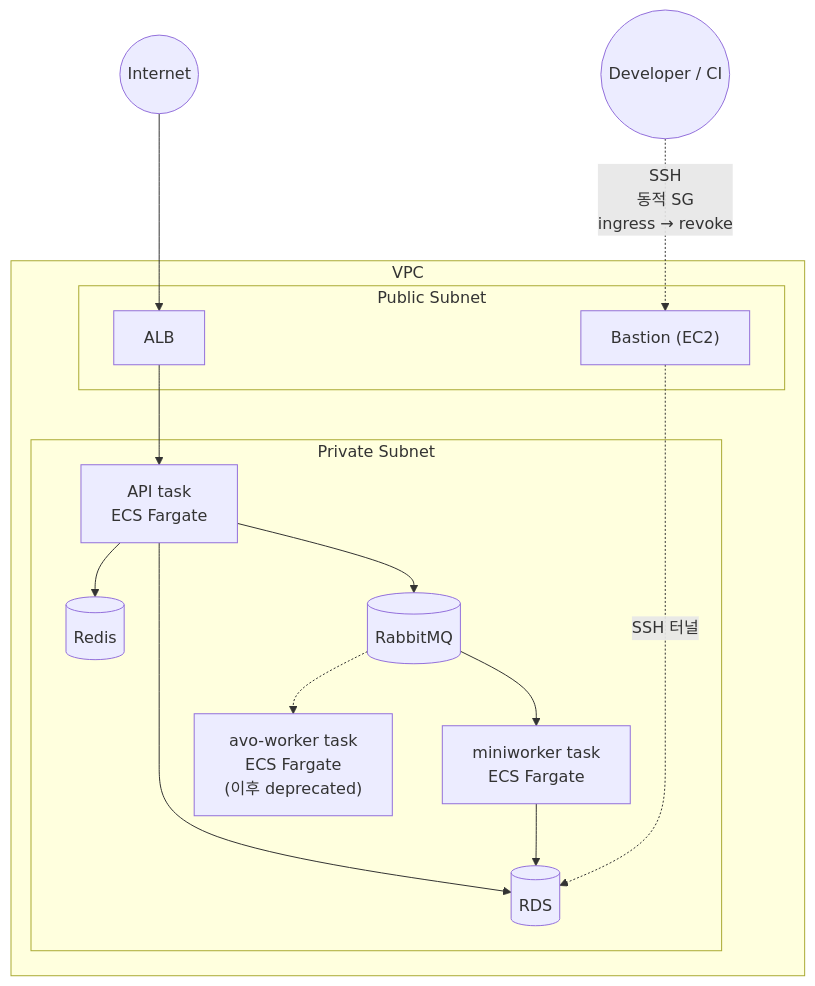
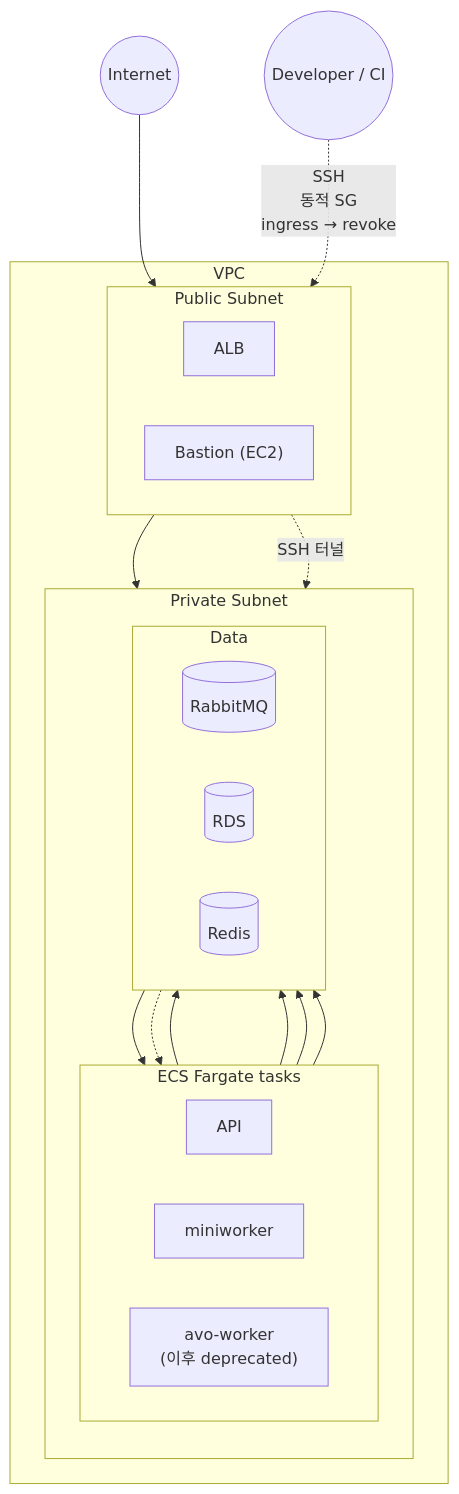
The sixth of 6 diagrams in _portfolio/portfolio.md (texasroh/texasroh.github.io), drawn with Mermaid before and after one commit. The commit also changed other lines of this file, not shown here.

Commit message:
docs(portfolio): tidy 4.2 After diagram + tweak wording
- 1.1: "영업 자산" → "내부 자산"
- 4.2 After: regroup Private Subnet into Compute + Data sub-clusters
  - Compute (LR): API / miniworker / avo-worker
  - Data (LR): RabbitMQ / RDS / Redis
  - Edges now flow top-to-bottom cleanly (Compute → Data)

````diff
--- a/_portfolio/portfolio.md
+++ b/_portfolio/portfolio.md
@@ -233,27 +233,37 @@
 ```mermaid
 flowchart TB
     Internet((Internet)) --> ALB
     Dev((Developer / CI)) -.->|"SSH<br/>동적 SG<br/>ingress → revoke"| Bastion
+
     subgraph VPC ["VPC"]
         subgraph Pub ["Public Subnet"]
+            direction LR
             ALB[ALB]
             Bastion["Bastion (EC2)"]
         end
         subgraph Priv ["Private Subnet"]
-            API["API task<br/>ECS Fargate"]
-            Mini["miniworker task<br/>ECS Fargate"]
-            Worker["avo-worker task<br/>ECS Fargate<br/>(이후 deprecated)"]
-            RDS[(RDS)]
-            Redis[(Redis)]
-            MQ[("RabbitMQ")]
+            direction TB
+            subgraph Compute ["ECS Fargate tasks"]
+                direction LR
+                API[API]
+                Mini[miniworker]
+                Worker["avo-worker<br/>(이후 deprecated)"]
+            end
+            subgraph Data ["Data"]
+                direction LR
+                MQ[("RabbitMQ")]
+                RDS[(RDS)]
+                Redis[(Redis)]
+            end
         end
     end
+
     ALB --> API
     API --> MQ
     MQ --> Mini
     MQ -.-> Worker
     API --> RDS
     Mini --> RDS
     API --> Redis
     Bastion -.->|SSH 터널| RDS
 ```
````
